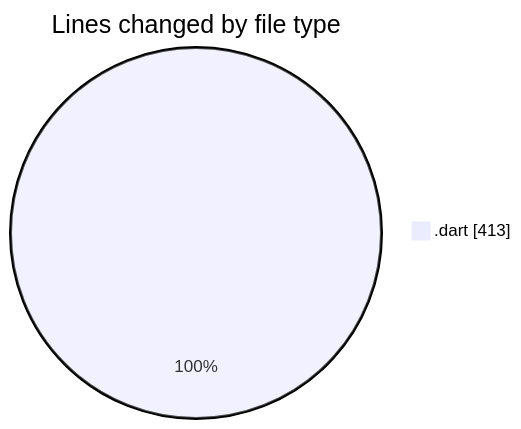
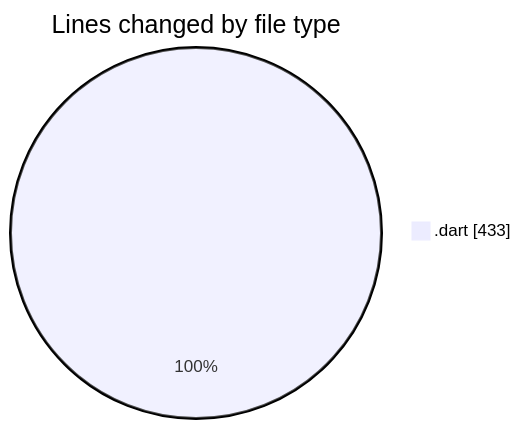
The first of 2 diagrams in 2025-02-27/uber_clone/README.md (donsfak/code-tracking), drawn with Mermaid before and after one commit. The commit also changed other lines of this file and 1 other file, not shown here.

````diff
--- a/2025-02-27/uber_clone/README.md
+++ b/2025-02-27/uber_clone/README.md
@@ -21,5 +21,5 @@
 ```mermaid
 pie showData
 title Lines changed by file type
-".dart" : 413
+".dart" : 433
 ```
````
